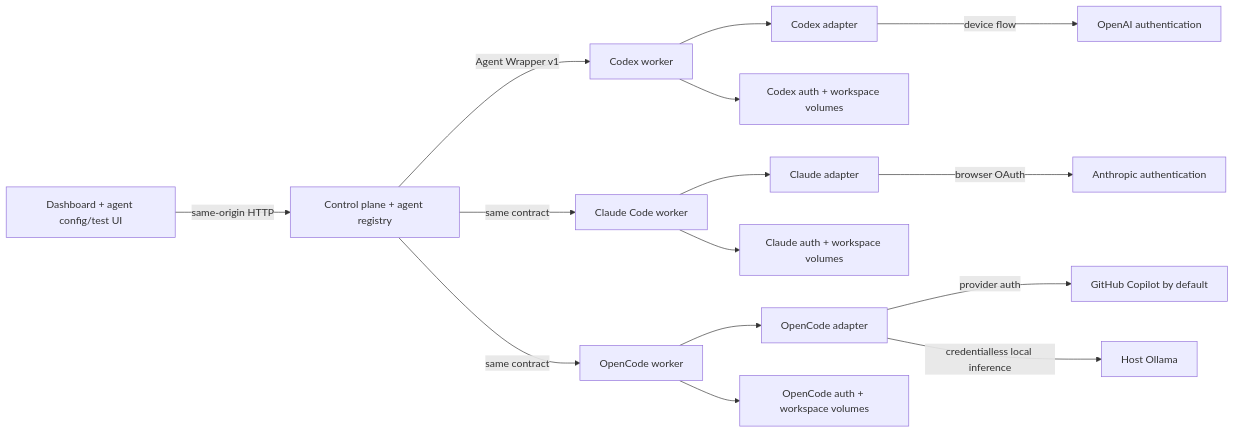
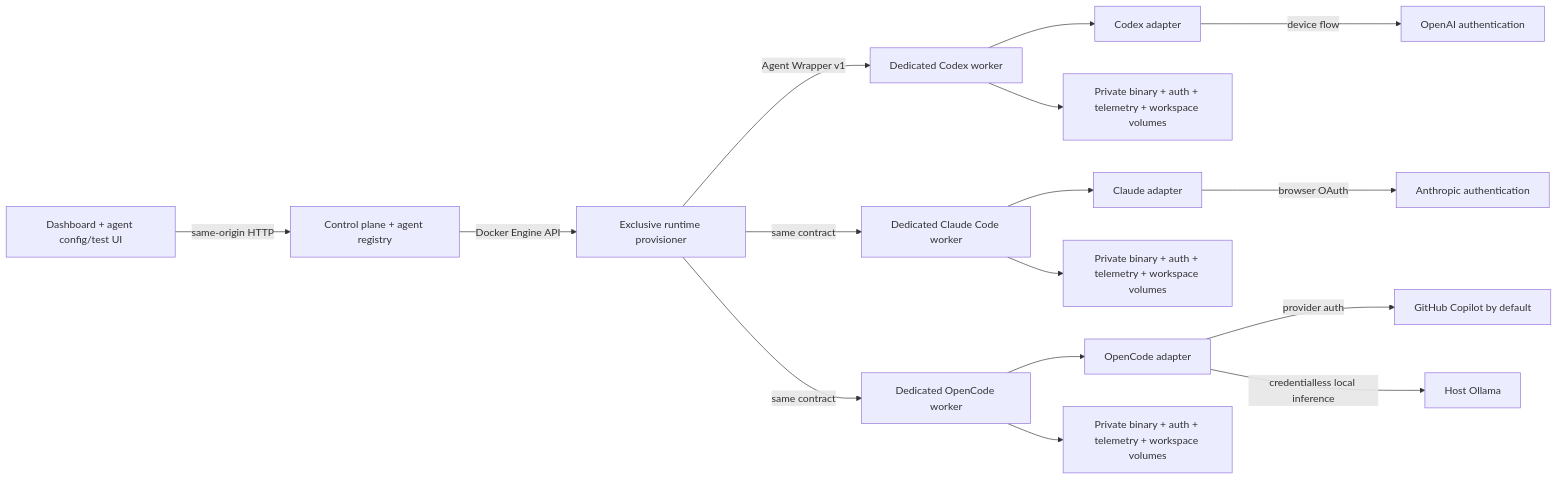
One commit to alext-avi/agent-dock changed the diagram in README.md. Above: the diagram before and after it, drawn with Mermaid. The commit also changed other lines of this file and 11 other files, not shown here.

Commit message:
Provision isolated runtime per agent

````diff
--- a/README.md
+++ b/README.md
@@ -31,17 +31,18 @@
 ```mermaid
 flowchart LR
   B["Dashboard + agent config/test UI"] -->|"same-origin HTTP"| C["Control plane + agent registry"]
-  C -->|"Agent Wrapper v1"| W1["Codex worker"]
-  C -->|"same contract"| W2["Claude Code worker"]
-  C -->|"same contract"| W3["OpenCode worker"]
+  C -->|"Docker Engine API"| P["Exclusive runtime provisioner"]
+  P -->|"Agent Wrapper v1"| W1["Dedicated Codex worker"]
+  P -->|"same contract"| W2["Dedicated Claude Code worker"]
+  P -->|"same contract"| W3["Dedicated OpenCode worker"]
   W1 --> A1["Codex adapter"]
   W2 --> A2["Claude adapter"]
   W3 --> A3["OpenCode adapter"]
   A1 -->|"device flow"| O1["OpenAI authentication"]
   A2 -->|"browser OAuth"| O2["Anthropic authentication"]
   A3 -->|"provider auth"| O3["GitHub Copilot by default"]
   A3 -->|"credentialless local inference"| O4["Host Ollama"]
-  W1 --> V1["Codex auth + workspace volumes"]
-  W2 --> V2["Claude auth + workspace volumes"]
-  W3 --> V3["OpenCode auth + workspace volumes"]
+  W1 --> V1["Private binary + auth + telemetry + workspace volumes"]
+  W2 --> V2["Private binary + auth + telemetry + workspace volumes"]
+  W3 --> V3["Private binary + auth + telemetry + workspace volumes"]
 ```
````
